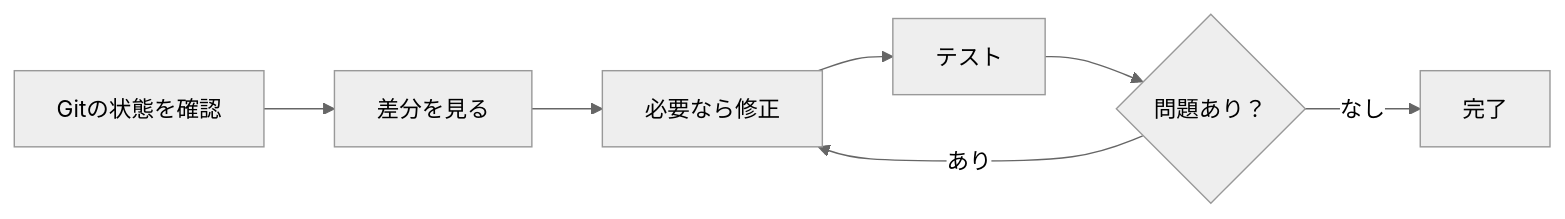
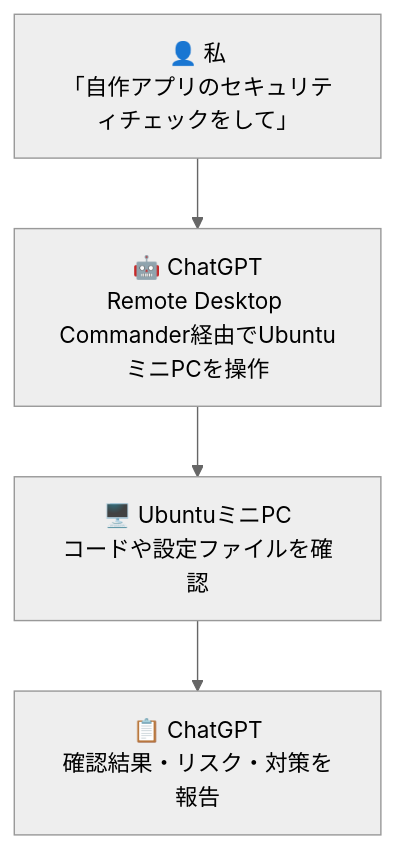
The third of 5 diagrams in articles/remote-desktop-commander-smartphone.md (kkoch5t2/zenn-contents), drawn with Mermaid (neutral theme) before and after one commit. The commit also changed other lines of this file, not shown here.

Commit message:
docs: show security check use case in Remote Desktop Commander diagram

````diff
--- a/articles/remote-desktop-commander-smartphone.md
+++ b/articles/remote-desktop-commander-smartphone.md
@@ -64,9 +64,8 @@
 ```mermaid
-flowchart LR
-    A["Gitの状態を確認"] --> B["差分を見る"]
-    B --> C["必要なら修正"]
-    C --> D["テスト"]
-    D --> E{"問題あり？"}
-    E -- "あり" --> C
-    E -- "なし" --> F["完了"]
+flowchart TD
+    A["👤 私<br/>「自作アプリのセキュリティチェックをして」"]
+    B["🤖 ChatGPT<br/>Remote Desktop Commander経由でUbuntuミニPCを操作"]
+    C["🖥️ UbuntuミニPC<br/>コードや設定ファイルを確認"]
+    D["📋 ChatGPT<br/>確認結果・リスク・対策を報告"]
+    A --> B --> C --> D
 ```
````
